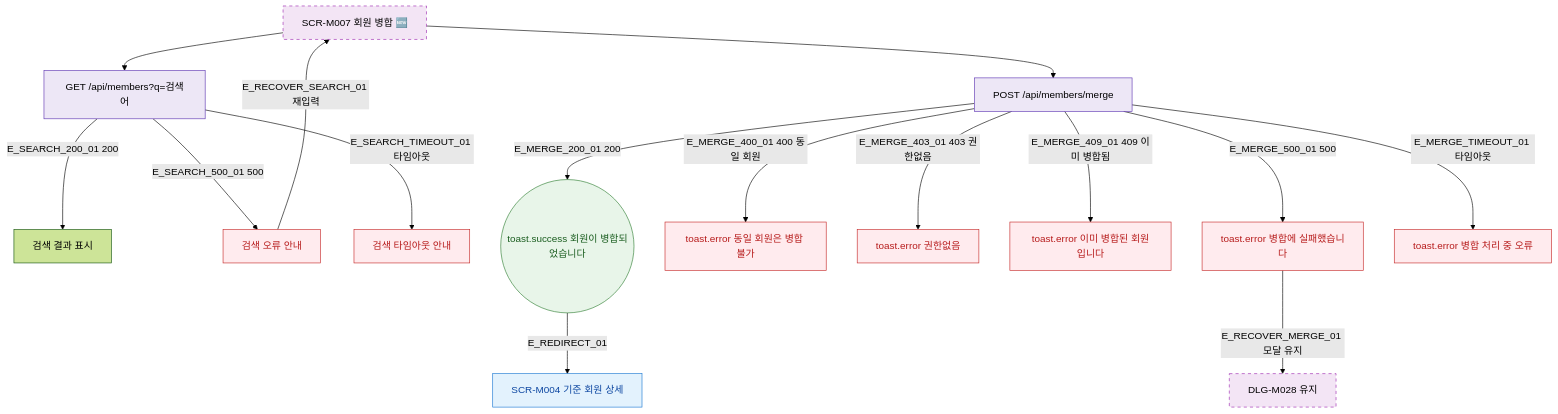
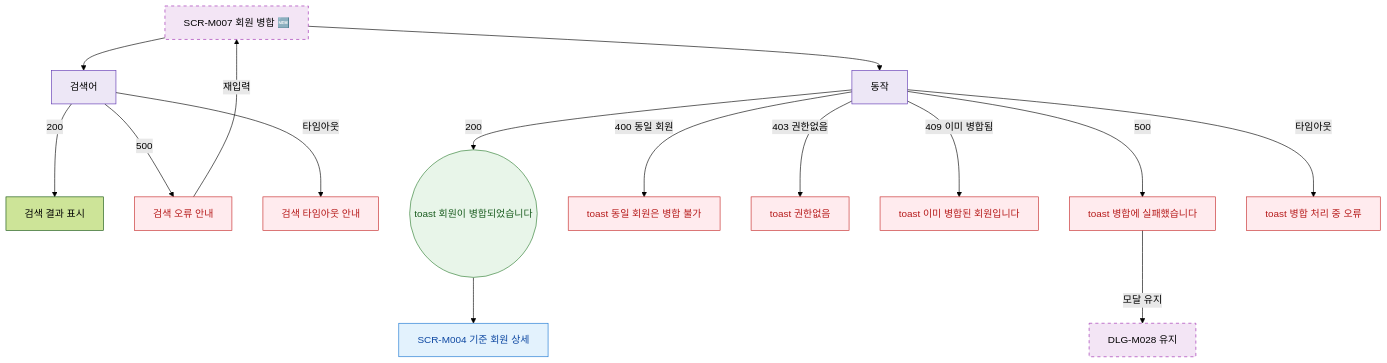
The diagram in docs/다이어그램/D02_회원관리/SCR-M007_회원병합/F8_에러예외.md (dev-spogym/admin-pando), drawn with Mermaid (forest theme) before and after one commit. The commit also changed other lines of this file and 1660 other files, not shown here.

First line of the commit message:
다이어그램: 기획자/클라이언트 납품본으로 정리

````diff
--- a/docs/다이어그램/D02_회원관리/SCR-M007_회원병합/F8_에러예외.md
+++ b/docs/다이어그램/D02_회원관리/SCR-M007_회원병합/F8_에러예외.md
@@ -22,34 +20,34 @@
 ```mermaid
 flowchart TD
   SCR_M007[SCR-M007 회원 병합 🆕]
 
-  SCR_M007 --> API_SEARCH[GET /api/members?q=검색어]
-  SCR_M007 --> API_MERGE[POST /api/members/merge]
+  SCR_M007 --> API_SEARCH[검색어]
+  SCR_M007 --> API_MERGE[동작]
 
-  API_SEARCH -->|E_SEARCH_200_01 200| SEARCH_OK[검색 결과 표시]
-  API_SEARCH -->|E_SEARCH_500_01 500| ERR_SEARCH[검색 오류 안내]
-  API_SEARCH -->|E_SEARCH_TIMEOUT_01 타임아웃| ERR_SEARCH_TIMEOUT[검색 타임아웃 안내]
+  API_SEARCH -->|200|SEARCH_OK[검색 결과 표시]
+  API_SEARCH -->|500|ERR_SEARCH[검색 오류 안내]
+  API_SEARCH -->|타임아웃|ERR_SEARCH_TIMEOUT[검색 타임아웃 안내]
 
-  API_MERGE -->|E_MERGE_200_01 200| TOAST_OK((toast.success 회원이 병합되었습니다))
-  API_MERGE -->|E_MERGE_400_01 400 동일 회원| ERR_400[toast.error 동일 회원은 병합 불가]
-  API_MERGE -->|E_MERGE_403_01 403 권한없음| ERR_403[toast.error 권한없음]
-  API_MERGE -->|E_MERGE_409_01 409 이미 병합됨| ERR_409[toast.error 이미 병합된 회원입니다]
-  API_MERGE -->|E_MERGE_500_01 500| ERR_500[toast.error 병합에 실패했습니다]
-  API_MERGE -->|E_MERGE_TIMEOUT_01 타임아웃| ERR_TIMEOUT[toast.error 병합 처리 중 오류]
+  API_MERGE -->|200|TOAST_OK((toast 회원이 병합되었습니다))
+  API_MERGE -->|400 동일 회원|ERR_400[toast 동일 회원은 병합 불가]
+  API_MERGE -->|403 권한없음|ERR_403[toast 권한없음]
+  API_MERGE -->|409 이미 병합됨|ERR_409[toast 이미 병합된 회원입니다]
+  API_MERGE -->|500|ERR_500[toast 병합에 실패했습니다]
+  API_MERGE -->|타임아웃|ERR_TIMEOUT[toast 병합 처리 중 오류]
 
-  TOAST_OK -->|E_REDIRECT_01| SCR_M004[SCR-M004 기준 회원 상세]
-  ERR_SEARCH -->|E_RECOVER_SEARCH_01 재입력| SCR_M007
-  ERR_500 -->|E_RECOVER_MERGE_01 모달 유지| DLG_M028[DLG-M028 유지]
+  TOAST_OK --> SCR_M004[SCR-M004 기준 회원 상세]
+  ERR_SEARCH -->|재입력|SCR_M007
+  ERR_500 -->|모달 유지|DLG_M028[DLG-M028 유지]
 
-  classDef screen     fill:#E3F2FD,stroke:#1976D2,color:#0D47A1
+  classDef screen fill:#E3F2FD,stroke:#1976D2,color:#0D47A1
   classDef newFeature fill:#F3E5F5,stroke:#9C27B0,stroke-dasharray:5 5
-  classDef success    fill:#E8F5E9,stroke:#2E7D32,color:#1B5E20
-  classDef error      fill:#FFEBEE,stroke:#C62828,color:#B71C1C
-  classDef system     fill:#EDE7F6,stroke:#5E35B2
+  classDef success fill:#E8F5E9,stroke:#2E7D32,color:#1B5E20
+  classDef error fill:#FFEBEE,stroke:#C62828,color:#B71C1C
+  classDef system fill:#EDE7F6,stroke:#5E35B2
 
   class SCR_M004 screen
   class SCR_M007,DLG_M028 newFeature
   class TOAST_OK success
   class ERR_SEARCH,ERR_SEARCH_TIMEOUT,ERR_400,ERR_403,ERR_409,ERR_500,ERR_TIMEOUT error
   class API_SEARCH,API_MERGE system
 ```
````
